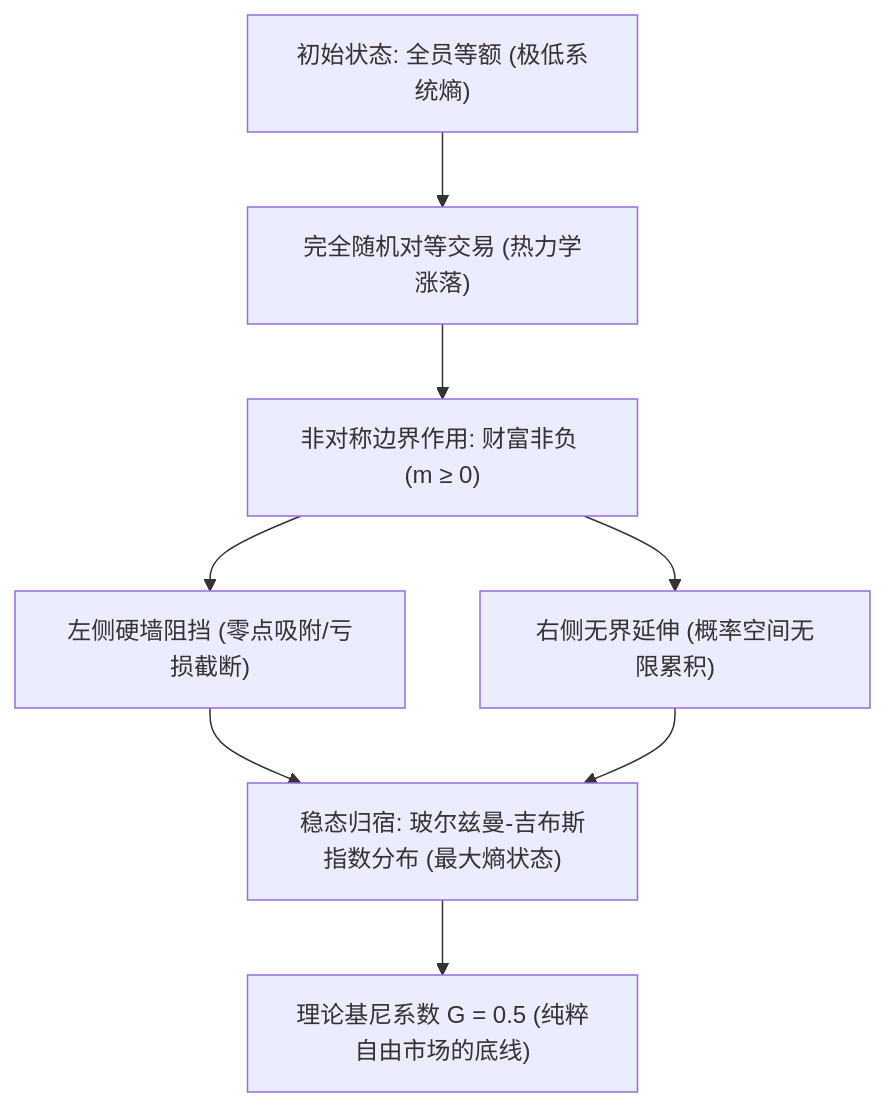
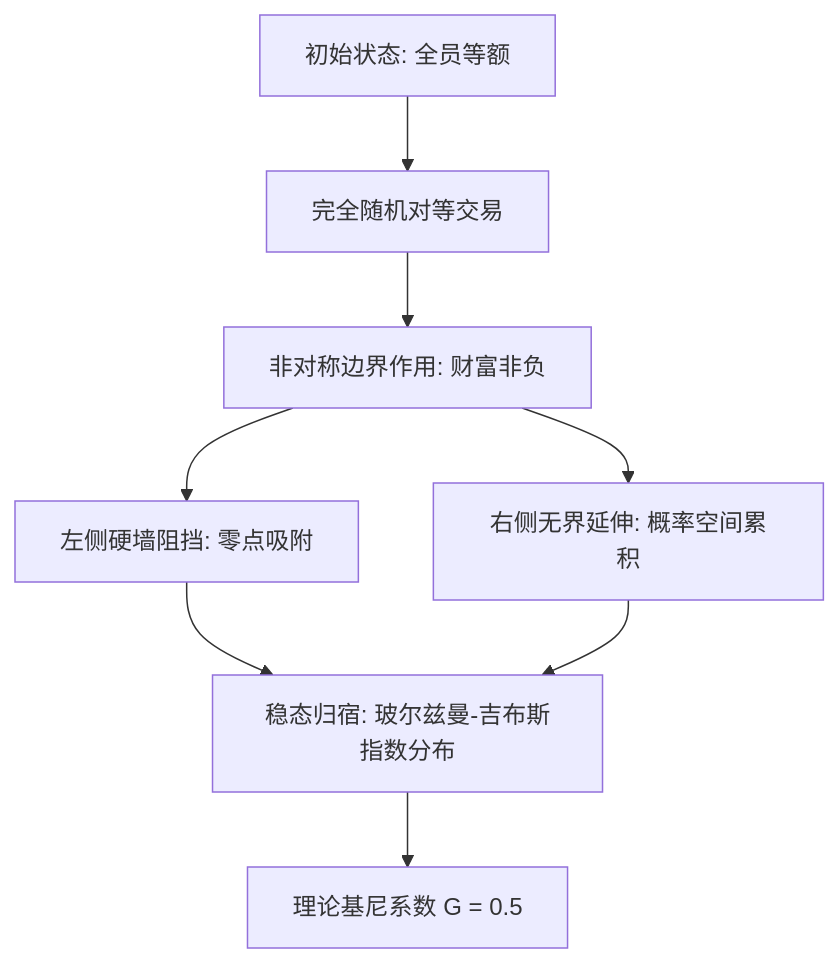
One commit to billzi2016/blog changed the first of 2 diagrams in content/posts/random-trade-exponential-wealth-20260815-212159/index.md. Above: the diagram before and after it, drawn with Mermaid. The commit also changed other lines of this file and 4 other files, not shown here.

````diff
--- a/content/posts/random-trade-exponential-wealth-20260815-212159/index.md
+++ b/content/posts/random-trade-exponential-wealth-20260815-212159/index.md
@@ -21,10 +20,10 @@
 ```mermaid
 graph TD
-    A["初始状态: 全员等额 (极低系统熵)"] --> B["完全随机对等交易 (热力学涨落)"]
-    B --> C["非对称边界作用: 财富非负 (m ≥ 0)"]
-    C --> D["左侧硬墙阻挡 (零点吸附/亏损截断)"]
-    C --> E["右侧无界延伸 (概率空间无限累积)"]
-    D --> F["稳态归宿: 玻尔兹曼-吉布斯指数分布 (最大熵状态)"]
+    A[初始状态: 全员等额] --> B[完全随机对等交易]
+    B --> C[非对称边界作用: 财富非负]
+    C --> D[左侧硬墙阻挡: 零点吸附]
+    C --> E[右侧无界延伸: 概率空间累积]
+    D --> F[稳态归宿: 玻尔兹曼-吉布斯指数分布]
     E --> F
-    F --> G["理论基尼系数 G = 0.5 (纯粹自由市场的底线)"]
+    F --> G[理论基尼系数 G = 0.5]
 ```
````
